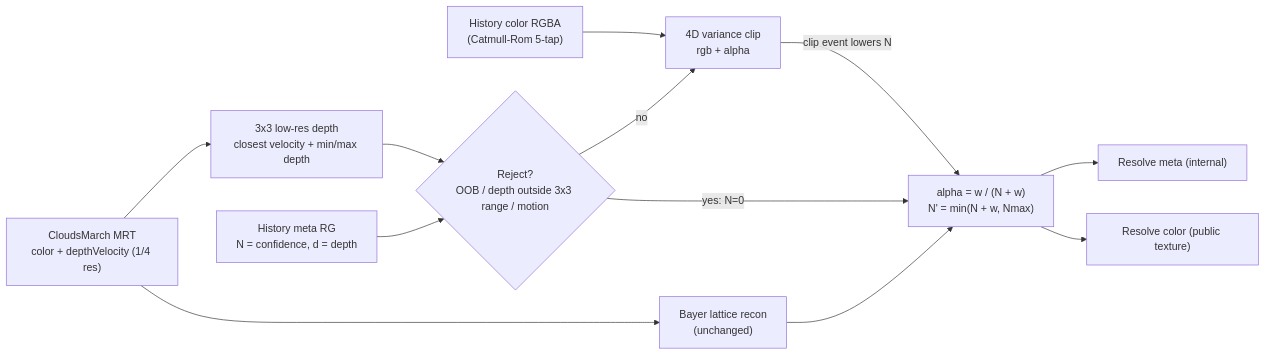
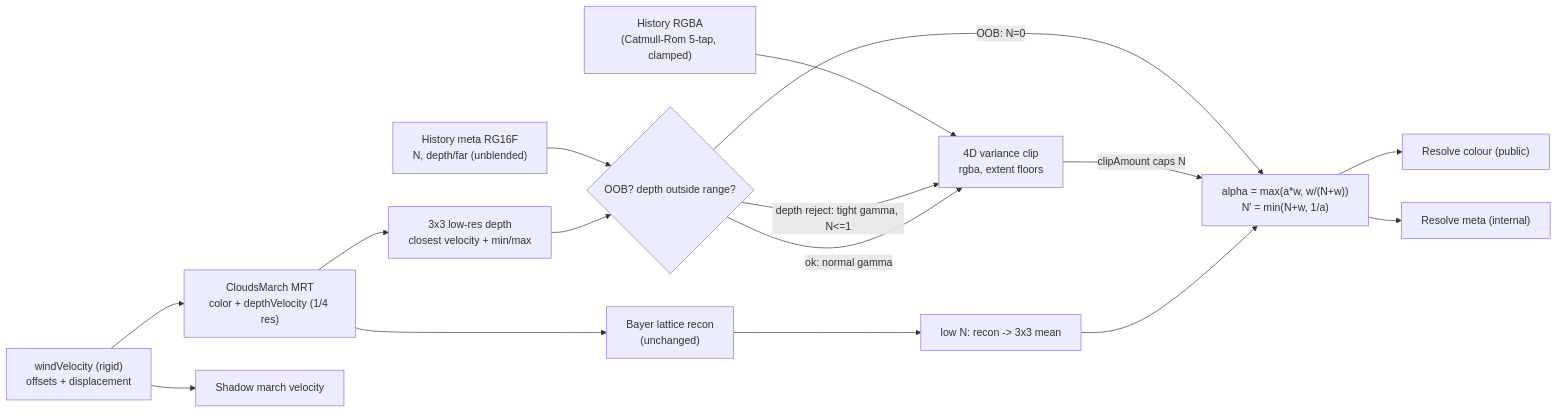
The diagram in .cursor/plans/clouds_taau_ghosting_reduction_350ac115.plan.md (MogensenJesse/three-geospatial), drawn with Mermaid before and after one commit. The commit also changed other lines of this file and 6 other files, not shown here.

````diff
--- a/.cursor/plans/clouds_taau_ghosting_reduction_350ac115.plan.md
+++ b/.cursor/plans/clouds_taau_ghosting_reduction_350ac115.plan.md
@@ -39,14 +67,18 @@
 ```mermaid
 flowchart LR
-  march["CloudsMarch MRT<br/>color + depthVelocity (1/4 res)"] --> recon["Bayer lattice recon<br/>(unchanged)"]
-  march --> depth3x3["3x3 low-res depth<br/>closest velocity + min/max depth"]
-  histC["History color RGBA<br/>(Catmull-Rom 5-tap)"] --> clip["4D variance clip<br/>rgb + alpha"]
-  histM["History meta RG<br/>N = confidence, d = depth"] --> reject{"Reject?<br/>OOB / depth outside 3x3 range / motion"}
+  wind["windVelocity (rigid)<br/>offsets + displacement"] --> march["CloudsMarch MRT<br/>color + depthVelocity (1/4 res)"]
+  wind --> shadowMarch["Shadow march velocity"]
+  march --> recon["Bayer lattice recon<br/>(unchanged)"]
+  march --> depth3x3["3x3 low-res depth<br/>closest velocity + min/max"]
+  histC["History RGBA<br/>(Catmull-Rom 5-tap, clamped)"] --> clip
+  histM["History meta RG16F<br/>N, depth/far (unblended)"] --> reject{"OOB? depth outside range?"}
   depth3x3 --> reject
-  reject -->|"yes: N=0"| blend
-  reject -->|"no"| clip
-  clip -->|"clip event lowers N"| blend["alpha = w / (N + w)<br/>N' = min(N + w, Nmax)"]
-  recon --> blend
-  blend --> outC["Resolve color (public texture)"]
+  reject -->|"OOB: N=0"| blend
+  reject -->|"depth reject: tight gamma, N<=1"| clip["4D variance clip<br/>rgba, extent floors"]
+  reject -->|"ok: normal gamma"| clip
+  clip -->|"clipAmount caps N"| blend["alpha = max(a*w, w/(N+w))<br/>N' = min(N+w, 1/a)"]
+  recon --> fallback["low N: recon -> 3x3 mean"]
+  fallback --> blend
+  blend --> outC["Resolve colour (public)"]
   blend --> outM["Resolve meta (internal)"]
 ```
````
